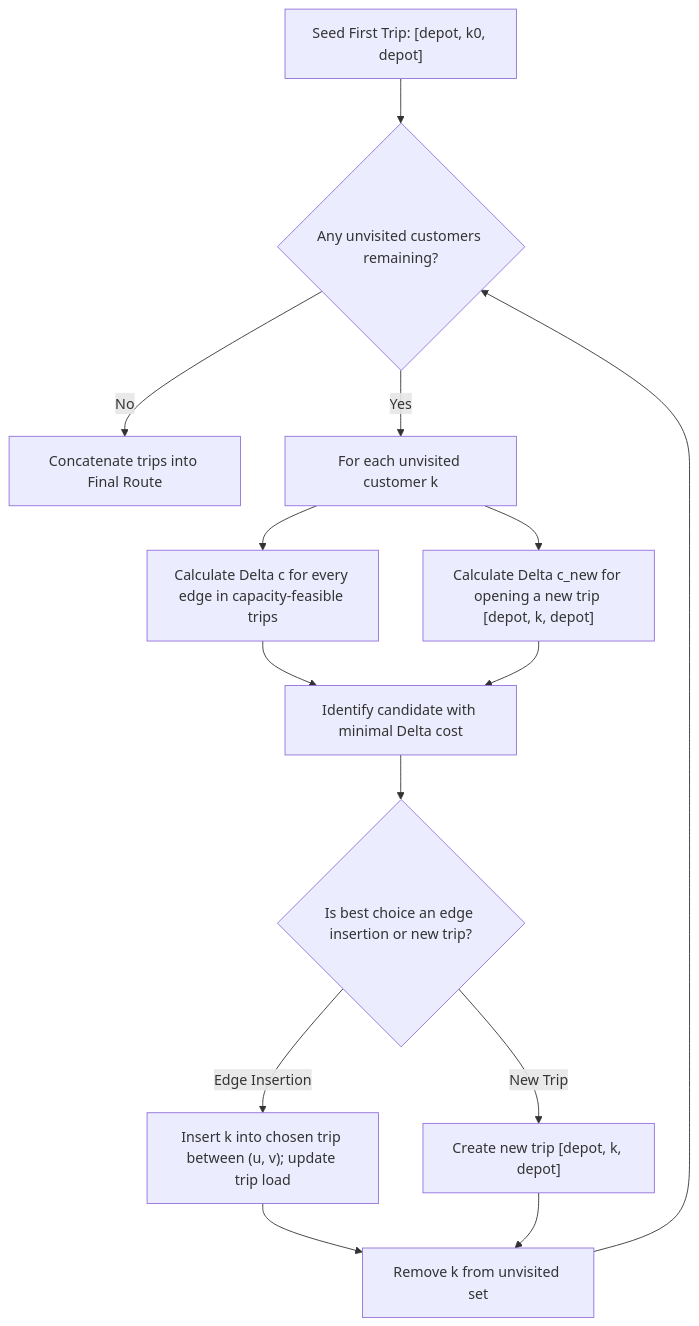
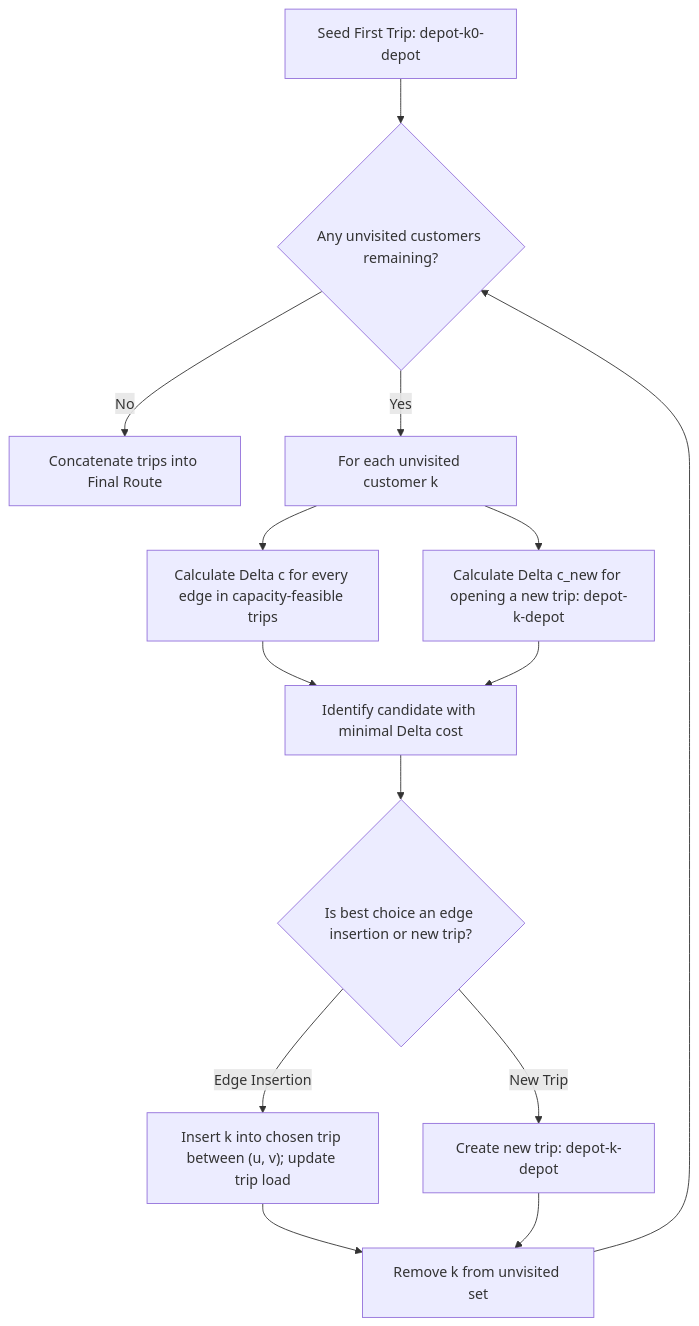
One commit to Santhosh-p653/egreen-quanta changed the diagram in docs/algorithms/09_cheapest_insertion.md. Above: the diagram before and after it, drawn with Mermaid. The commit also changed 48 other files, not shown here.

````diff
--- a/docs/algorithms/09_cheapest_insertion.md
+++ b/docs/algorithms/09_cheapest_insertion.md
@@ -68,16 +68,16 @@
 ```mermaid
 flowchart TD
-    A["Seed First Trip: [depot, k0, depot]"] --> B{"Any unvisited customers remaining?"}
+    A["Seed First Trip: depot-k0-depot"] --> B{"Any unvisited customers remaining?"}
     B -- No --> C["Concatenate trips into Final Route"]
     B -- Yes --> D["For each unvisited customer k"]
     D --> E["Calculate Delta c for every edge in capacity-feasible trips"]
-    D --> F["Calculate Delta c_new for opening a new trip [depot, k, depot]"]
+    D --> F["Calculate Delta c_new for opening a new trip: depot-k-depot"]
     E --> G["Identify candidate with minimal Delta cost"]
     F --> G
     G --> H{"Is best choice an edge insertion or new trip?"}
     H -- Edge Insertion --> I["Insert k into chosen trip between (u, v); update trip load"]
-    H -- New Trip --> J["Create new trip [depot, k, depot]"]
+    H -- New Trip --> J["Create new trip: depot-k-depot"]
     I --> K["Remove k from unvisited set"]
     J --> K
     K --> B
 ```
````
